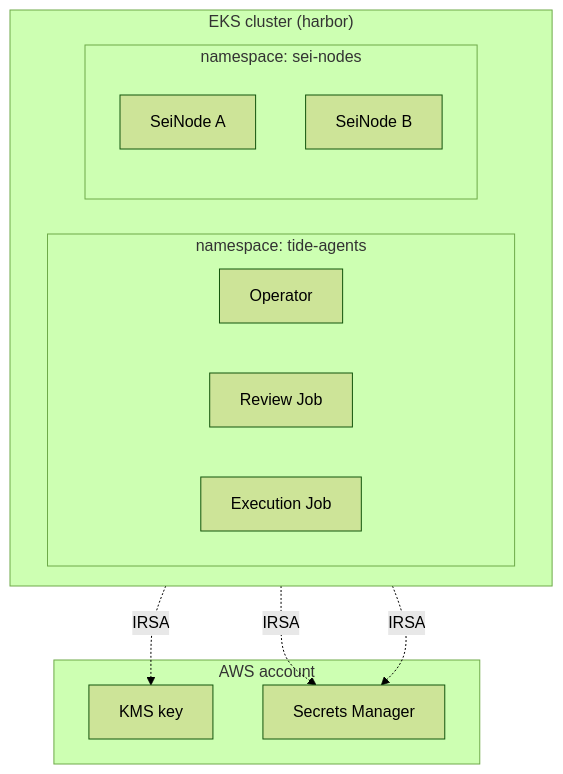
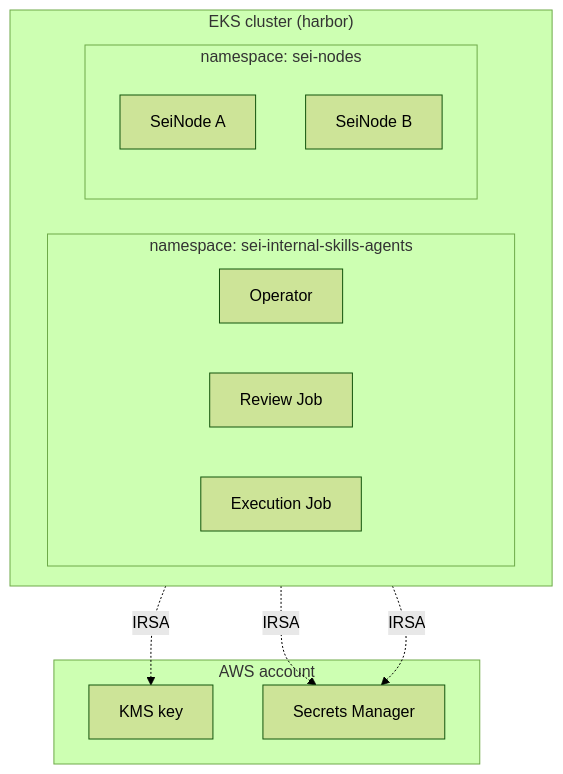
The seventh of 8 diagrams in .claude/skills/design/references/mermaid-patterns.md (sei-protocol/sei-internal-skills), drawn with Mermaid (forest theme) before and after one commit. The commit also changed 72 other files, not shown here.

First line of the commit message:
chore: rebrand Tide → sei-internal-skills

````diff
--- a/.claude/skills/design/references/mermaid-patterns.md
+++ b/.claude/skills/design/references/mermaid-patterns.md
@@ -134,22 +134,22 @@
 ```mermaid
 flowchart TB
     subgraph EKS["EKS cluster (harbor)"]
       direction LR
-      subgraph NS1["namespace: tide-agents"]
+      subgraph NS1["namespace: sei-internal-skills-agents"]
         Op[Operator]
         Job1[Review Job]
         Job2[Execution Job]
       end
       subgraph NS2["namespace: sei-nodes"]
         Node1[SeiNode A]
         Node2[SeiNode B]
       end
     end
     subgraph AWS[AWS account]
       KMS[KMS key]
       Secret[Secrets Manager]
     end
     Op -.->|IRSA| KMS
     Op -.->|IRSA| Secret
     Job1 -.->|IRSA| Secret
 ```
````
